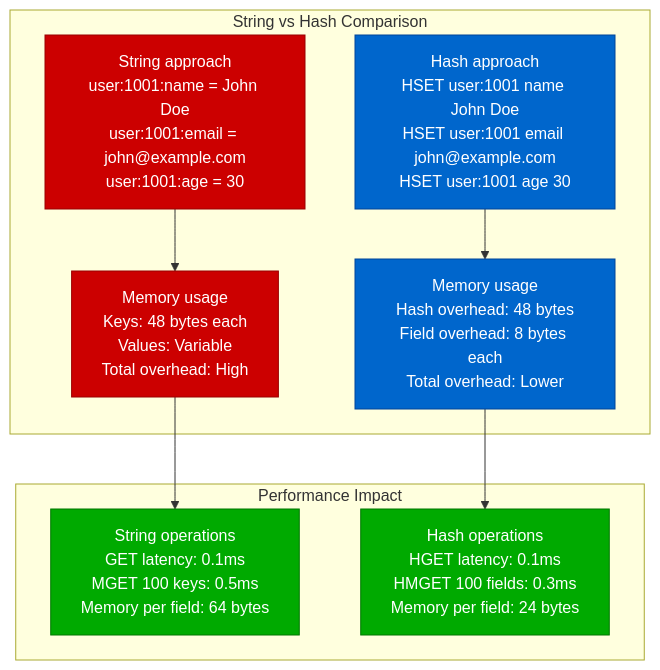
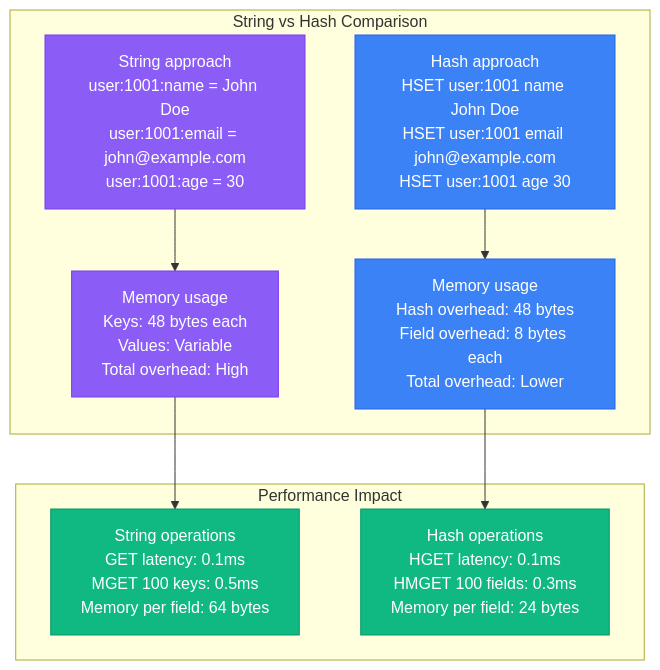
One commit to deepaucksharma/DS changed the tenth of 15 diagrams in site/docs/performance/redis-performance-profile.md. Above: the diagram before and after it, drawn with Mermaid. The commit also changed other lines of this file and 303 other files, not shown here.

````diff
--- a/site/docs/performance/redis-performance-profile.md
+++ b/site/docs/performance/redis-performance-profile.md
@@ -338,32 +338,32 @@
 ```mermaid
 graph TB
     subgraph "String vs Hash Comparison"
         STR1[String approach<br/>user:1001:name = John Doe<br/>user:1001:email = john@example.com<br/>user:1001:age = 30]
 
         STR2[Memory usage<br/>Keys: 48 bytes each<br/>Values: Variable<br/>Total overhead: High]
 
         HASH1[Hash approach<br/>HSET user:1001 name John Doe<br/>HSET user:1001 email john@example.com<br/>HSET user:1001 age 30]
 
         HASH2[Memory usage<br/>Hash overhead: 48 bytes<br/>Field overhead: 8 bytes each<br/>Total overhead: Lower]
 
         STR1 --> STR2
         HASH1 --> HASH2
     end
 
     subgraph "Performance Impact"
         PERF1[String operations<br/>GET latency: 0.1ms<br/>MGET 100 keys: 0.5ms<br/>Memory per field: 64 bytes]
 
         PERF2[Hash operations<br/>HGET latency: 0.1ms<br/>HMGET 100 fields: 0.3ms<br/>Memory per field: 24 bytes]
     end
 
     STR2 --> PERF1
     HASH2 --> PERF2
 
-    classDef stringStyle fill:#CC0000,stroke:#990000,color:#fff
-    classDef hashStyle fill:#0066CC,stroke:#004499,color:#fff
-    classDef perfStyle fill:#00AA00,stroke:#007700,color:#fff
+    classDef stringStyle fill:#8B5CF6,stroke:#7C3AED,color:#fff
+    classDef hashStyle fill:#3B82F6,stroke:#2563EB,color:#fff
+    classDef perfStyle fill:#10B981,stroke:#059669,color:#fff
 
     class STR1,STR2 stringStyle
     class HASH1,HASH2 hashStyle
     class PERF1,PERF2 perfStyle
 ```
````
